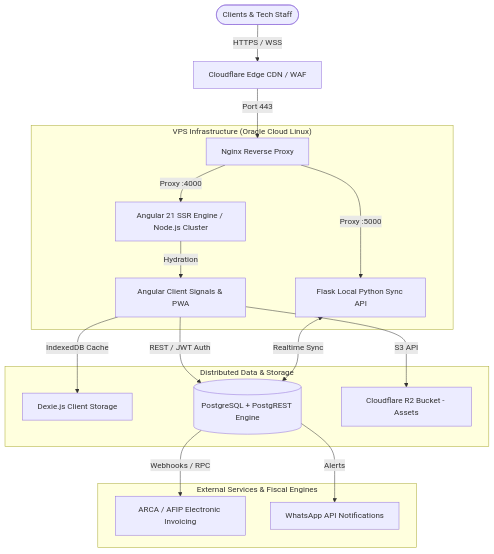
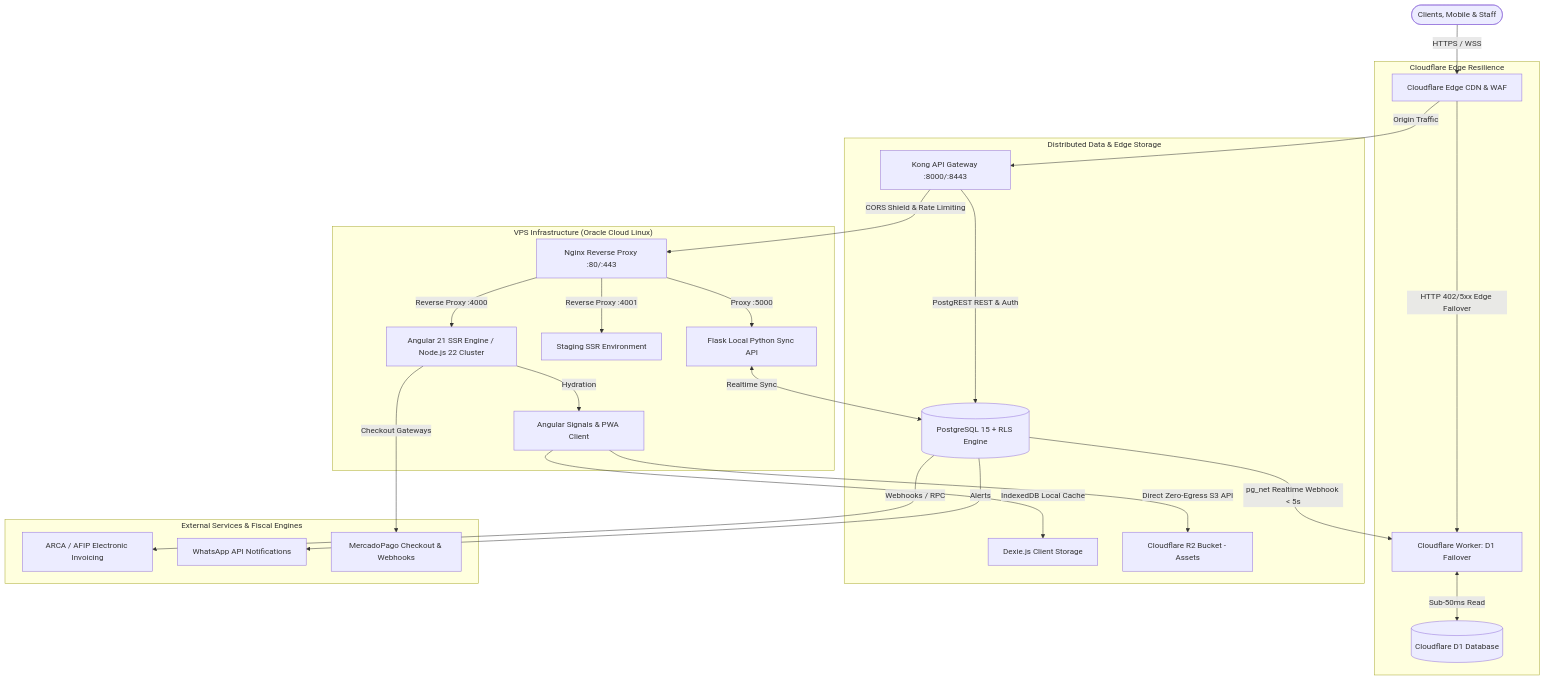
Before and after one commit to arecofix/Arecofixpage: the diagram in README.md, drawn with Mermaid. The commit also changed other lines of this file and 853 other files, not shown here.

````diff
--- a/README.md
+++ b/README.md
@@ -81,23 +90,33 @@
 ```mermaid
 graph TD
-    User([Clients & Tech Staff]) -->|HTTPS / WSS| CF[Cloudflare Edge CDN / WAF]
-    CF -->|Port 443| Nginx[Nginx Reverse Proxy]
+    User([Clients, Mobile & Staff]) -->|HTTPS / WSS| CF[Cloudflare Edge CDN & WAF]
+    
+    subgraph Cloudflare_Edge["Cloudflare Edge Resilience"]
+        CF -->|HTTP 402/5xx Edge Failover| Worker[Cloudflare Worker: D1 Failover]
+        Worker <-->|Sub-50ms Read| D1[(Cloudflare D1 Database)]
+    end
+
+    CF -->|Origin Traffic| Kong[Kong API Gateway :8000/:8443]
+    Kong -->|CORS Shield & Rate Limiting| Nginx[Nginx Reverse Proxy :80/:443]
     
     subgraph Host["VPS Infrastructure (Oracle Cloud Linux)"]
-        Nginx -->|Proxy :4000| SSR[Angular 21 SSR Engine / Node.js Cluster]
-        SSR -->|Hydration| Browser[Angular Client Signals & PWA]
+        Nginx -->|Reverse Proxy :4000| SSR[Angular 21 SSR Engine / Node.js 22 Cluster]
+        SSR -->|Hydration| Browser[Angular Signals & PWA Client]
+        Nginx -->|Reverse Proxy :4001| Staging[Staging SSR Environment]
         Nginx -->|Proxy :5000| Flask[Flask Local Python Sync API]
     end
 
-    subgraph Persistence["Distributed Data & Storage"]
-        Browser -->|IndexedDB Cache| Dexie[Dexie.js Client Storage]
-        Browser -->|REST / JWT Auth| DB[(PostgreSQL + PostgREST Engine)]
-        Browser -->|S3 API| R2[Cloudflare R2 Bucket - Assets]
+    subgraph Persistence["Distributed Data & Edge Storage"]
+        Browser -->|IndexedDB Local Cache| Dexie[Dexie.js Client Storage]
+        Kong -->|PostgREST REST & Auth| DB[(PostgreSQL 15 + RLS Engine)]
+        DB -->|pg_net Realtime Webhook < 5s| Worker
+        Browser -->|Direct Zero-Egress S3 API| R2[Cloudflare R2 Bucket - Assets]
         Flask <-->|Realtime Sync| DB
     end
 
     subgraph Integrations["External Services & Fiscal Engines"]
         DB -->|Webhooks / RPC| ARCA[ARCA / AFIP Electronic Invoicing]
         DB -->|Alerts| WA[WhatsApp API Notifications]
+        SSR -->|Checkout Gateways| MP[MercadoPago Checkout & Webhooks]
     end
 ```
````
